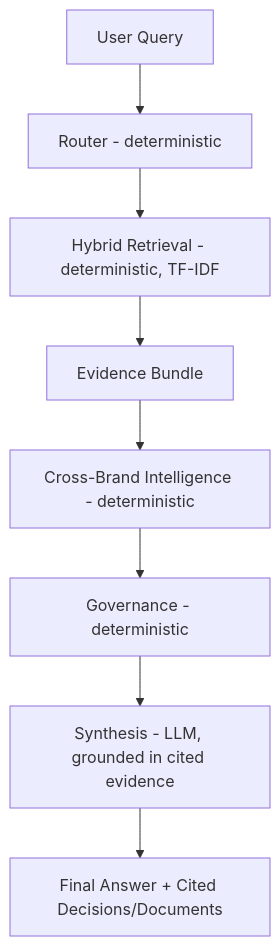
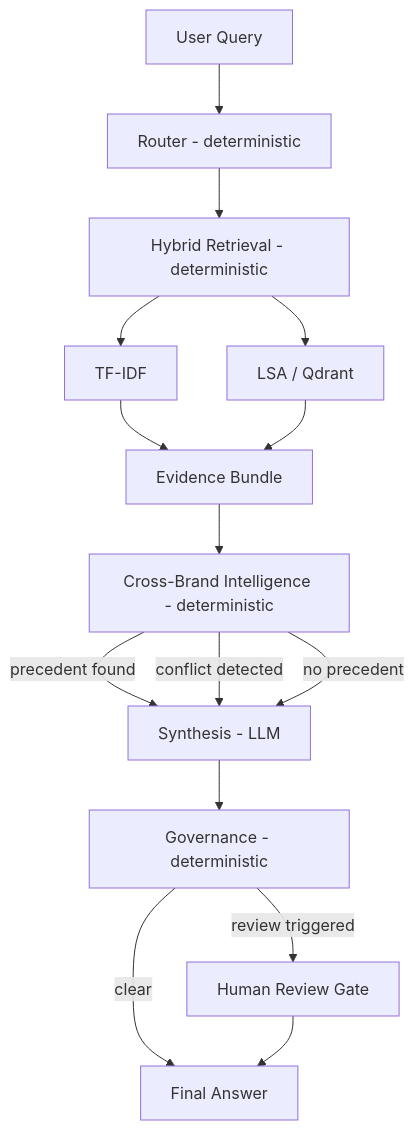
The diagram in README.md (9raveen/Think9-Decision-Intelligence-OS), drawn with Mermaid before and after one commit.

````diff
--- a/README.md
+++ b/README.md
@@ -41,10 +41,17 @@
 ```mermaid
 flowchart TD
     A[User Query] --> B[Router - deterministic]
-    B --> C[Hybrid Retrieval - deterministic, TF-IDF]
-    C --> D[Evidence Bundle]
+    B --> C[Hybrid Retrieval - deterministic]
+    C --> C1[TF-IDF]
+    C --> C2[LSA / Qdrant]
+    C1 --> D[Evidence Bundle]
+    C2 --> D
     D --> E[Cross-Brand Intelligence - deterministic]
-    E --> F[Governance - deterministic]
-    F --> G[Synthesis - LLM, grounded in cited evidence]
-    G --> H[Final Answer + Cited Decisions/Documents]
+    E -->|precedent found| F[Synthesis - LLM]
+    E -->|conflict detected| F
+    E -->|no precedent| F
+    F --> G[Governance - deterministic]
+    G -->|review triggered| H[Human Review Gate]
+    G -->|clear| I[Final Answer]
+    H --> I
 ```
````
